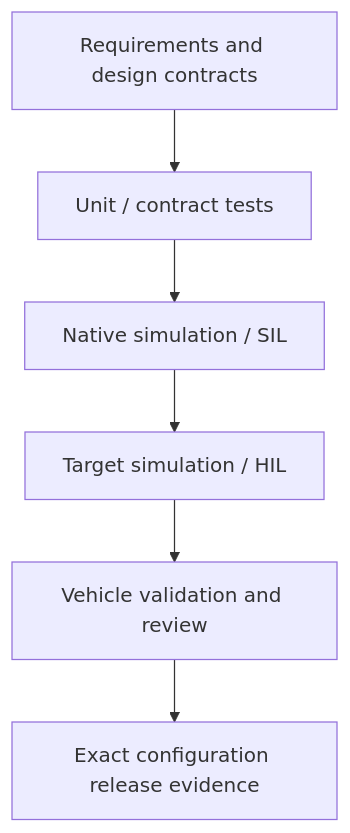
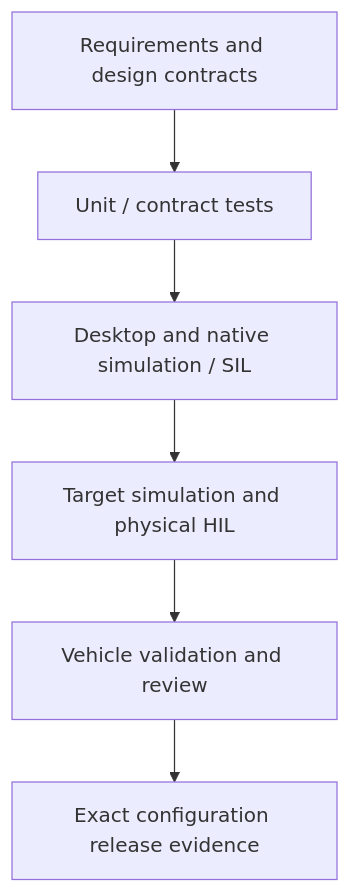
Before and after one commit to susmithmrm/ZARC: diagram 19 of 22 in docs/architecture/diagrams/README.md, drawn with Mermaid. The commit also changed other lines of this file and 32 other files, not shown here.

Commit message:
Reconcile architecture documentation with desktop implementation and validate links

````diff
--- a/docs/architecture/diagrams/README.md
+++ b/docs/architecture/diagrams/README.md
@@ -417,16 +419,16 @@
 ```mermaid
 flowchart TD
   %% Verification and evidence progression
   N0_0["Requirements and design contracts"]
   N1_0["Unit / contract tests"]
-  N2_0["Native simulation / SIL"]
-  N3_0["Target simulation / HIL"]
+  N2_0["Desktop and native simulation / SIL"]
+  N3_0["Target simulation and physical HIL"]
   N4_0["Vehicle validation and review"]
   N5_0["Exact configuration release evidence"]
   N0_0 --> N1_0
   N1_0 --> N2_0
   N2_0 --> N3_0
   N3_0 --> N4_0
   N4_0 --> N5_0
   %% Simulation does not replace physical evidence. Unverified scope cannot pass release gate.
 ```
````
